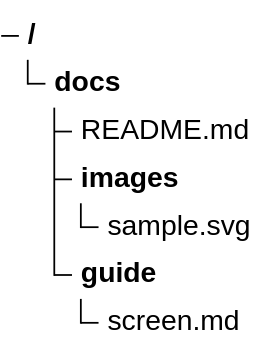
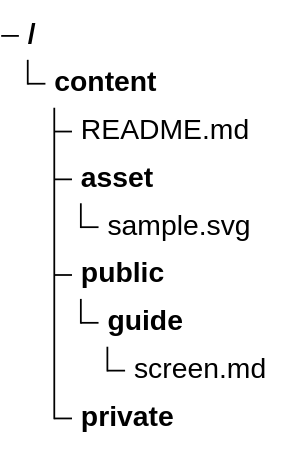
The fifth of 5 diagrams in content/public/diagrams.md (minu-ha/for-humanity), drawn with Mermaid (neutral theme) before and after one commit. The commit also changed other lines of this file and 31 other files, not shown here.

````diff
--- a/content/public/diagrams.md
+++ b/content/public/diagrams.md
@@ -135,9 +137,11 @@
 ```mermaid
 treeView-beta
-    docs/
+    content/
         README.md
-        images/
+        asset/
             sample.svg
-        guide/
-            screen.md
+        public/
+            guide/
+                screen.md
+        private/
 ```
````
